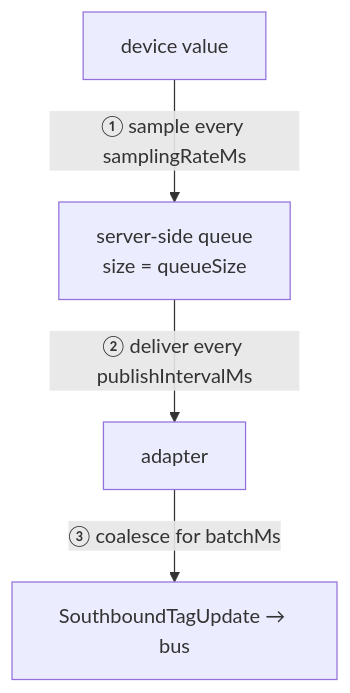
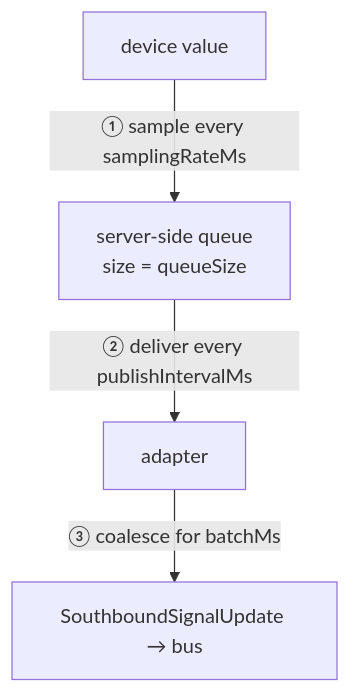
One commit to edgecommons/opcua-adapter changed the second of 2 diagrams in docs/explanation.md. Above: the diagram before and after it, drawn with Mermaid. The commit also changed other lines of this file and 39 other files, not shown here.

First line of the commit message:
refactor: rename southbound data point tag→signal (hard cut)

````diff
--- a/docs/explanation.md
+++ b/docs/explanation.md
@@ -85,10 +85,10 @@
 ```mermaid
 flowchart TD
     V["device value"]
     Q["server-side queue<br/>size = queueSize"]
     A["adapter"]
-    M["SouthboundTagUpdate → bus"]
+    M["SouthboundSignalUpdate → bus"]
     V -->|"① sample every samplingRateMs"| Q
     Q -->|"② deliver every publishIntervalMs"| A
     A -->|"③ coalesce for batchMs"| M
 ```
````
